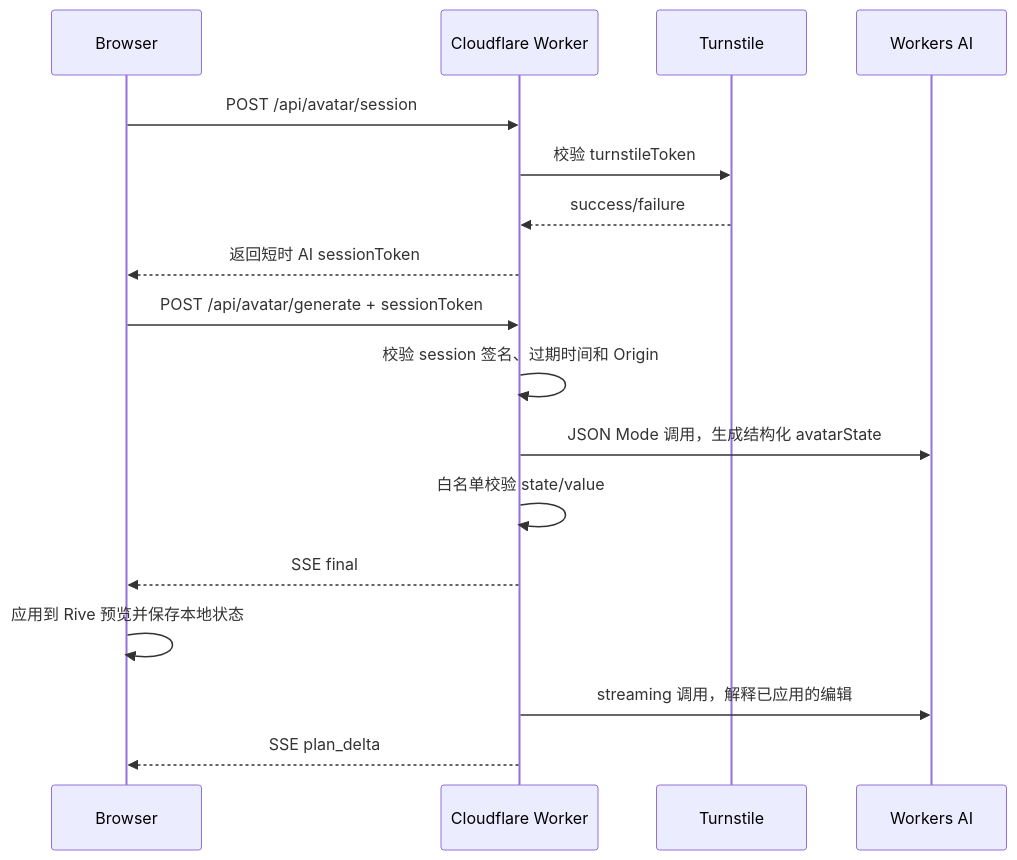
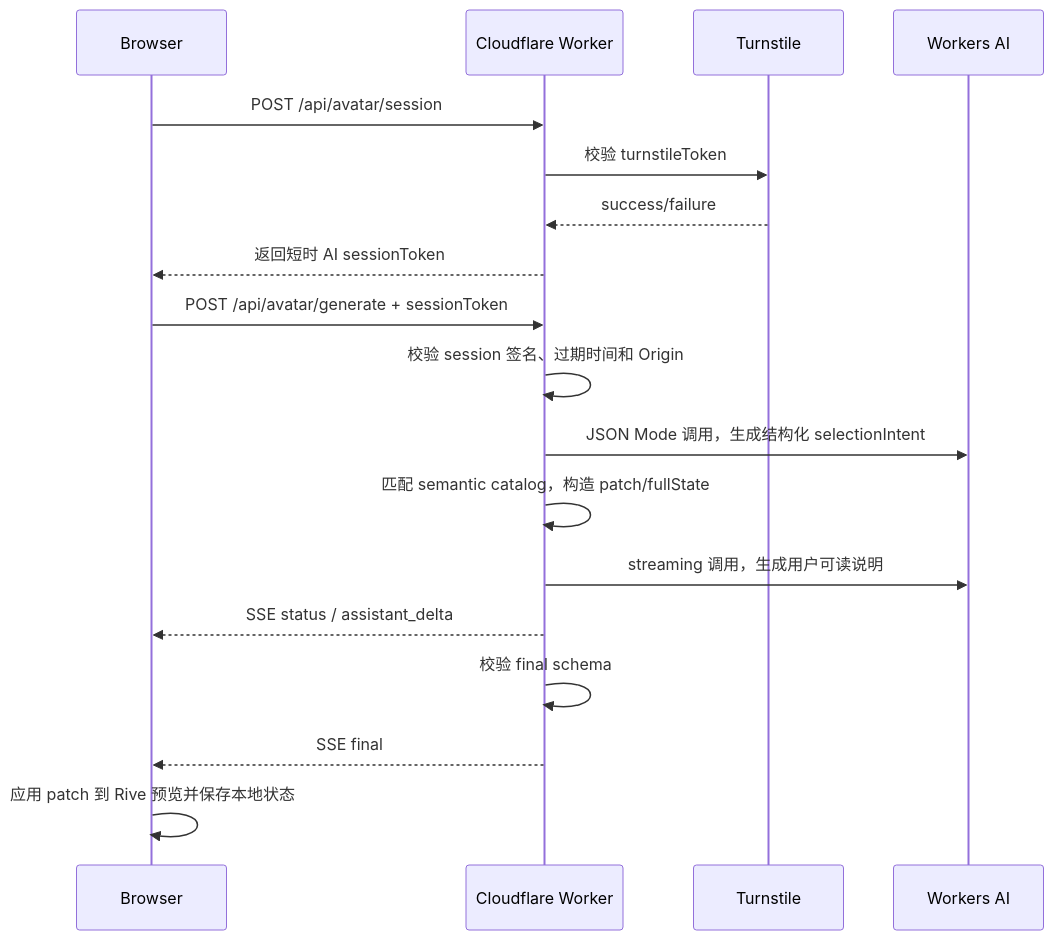
Before and after one commit to wishflow/duolingo-avator-creator: the second of 2 diagrams in docs/deployment-plan.md, drawn with Mermaid. The commit also changed other lines of this file and 2 other files, not shown here.

Commit message:
docs: document SSE agent protocol

````diff
--- a/docs/deployment-plan.md
+++ b/docs/deployment-plan.md
@@ -39,20 +39,21 @@
 ```mermaid
 sequenceDiagram
   participant U as Browser
   participant W as Cloudflare Worker
   participant T as Turnstile
   participant A as Workers AI
 
   U->>W: POST /api/avatar/session
   W->>T: 校验 turnstileToken
   T-->>W: success/failure
   W-->>U: 返回短时 AI sessionToken
   U->>W: POST /api/avatar/generate + sessionToken
   W->>W: 校验 session 签名、过期时间和 Origin
-  W->>A: JSON Mode 调用，生成结构化 avatarState
-  W->>W: 白名单校验 state/value
+  W->>A: JSON Mode 调用，生成结构化 selectionIntent
+  W->>W: 匹配 semantic catalog，构造 patch/fullState
+  W->>A: streaming 调用，生成用户可读说明
+  W-->>U: SSE status / assistant_delta
+  W->>W: 校验 final schema
   W-->>U: SSE final
-  U->>U: 应用到 Rive 预览并保存本地状态
-  W->>A: streaming 调用，解释已应用的编辑
-  W-->>U: SSE plan_delta
+  U->>U: 应用 patch 到 Rive 预览并保存本地状态
 ```
````
